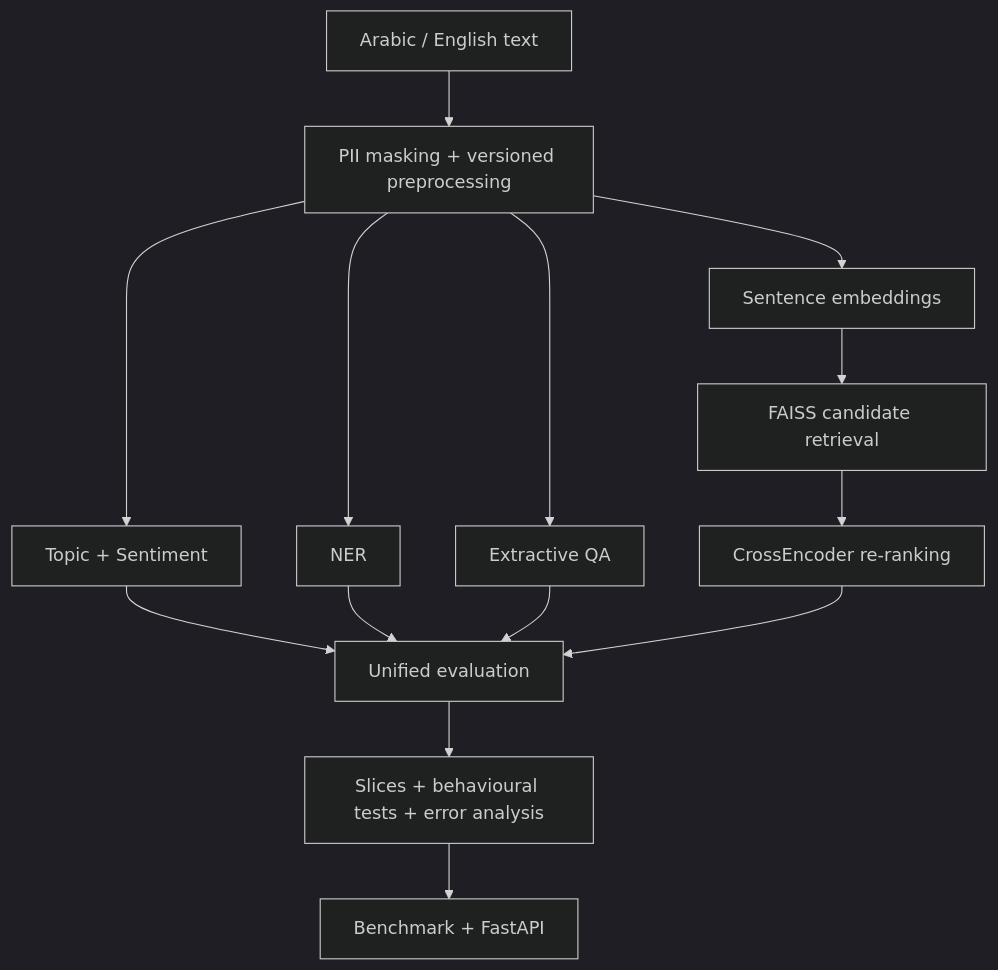
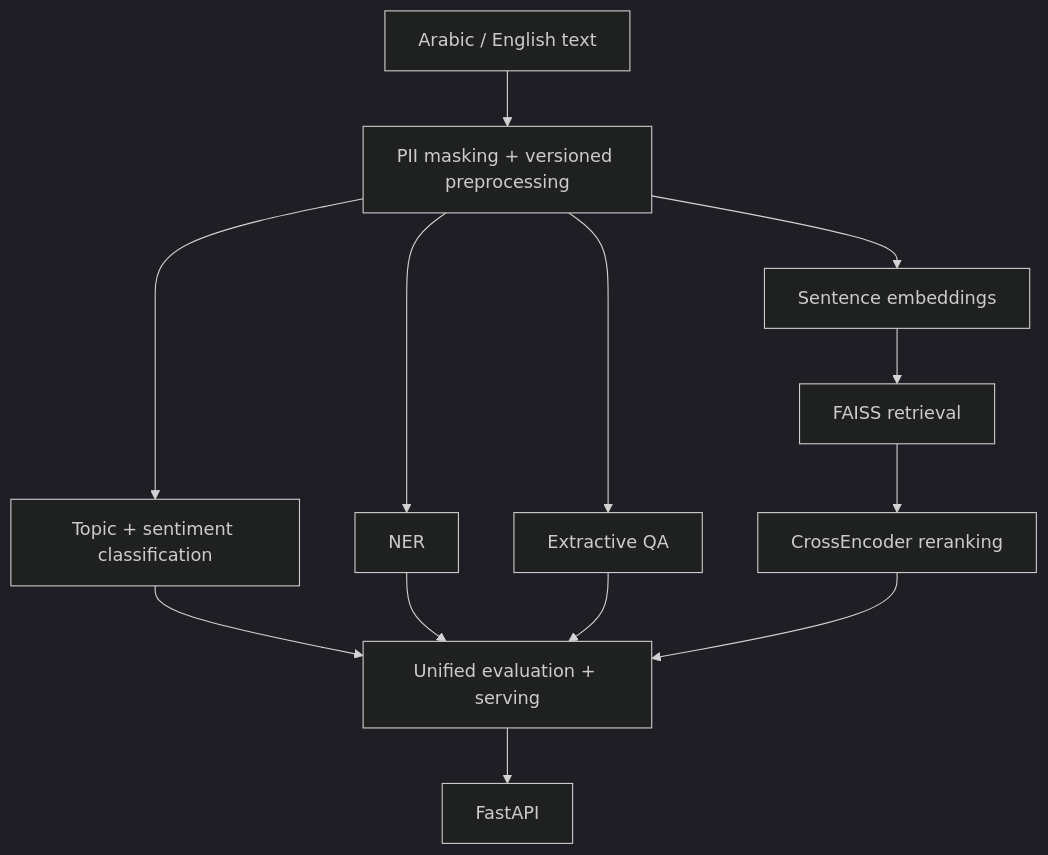
One commit to Yousef0197/sda_nlp-bayan-capstone changed the diagram in README.md. Above: the diagram before and after it, drawn with Mermaid (dark theme). The commit also changed other lines of this file, not shown here.

Commit message:
docs: pin tests badge to main branch

````diff
--- a/README.md
+++ b/README.md
@@ -22,16 +22,15 @@
 ```mermaid
 flowchart TD
     A["Arabic / English text"] --> B["PII masking + versioned preprocessing"]
-    B --> C["Topic + Sentiment"]
+    B --> C["Topic + sentiment classification"]
     B --> D["NER"]
     B --> E["Extractive QA"]
     B --> F["Sentence embeddings"]
-    F --> G["FAISS candidate retrieval"]
-    G --> H["CrossEncoder re-ranking"]
-    C --> I["Unified evaluation"]
+    F --> G["FAISS retrieval"]
+    G --> H["CrossEncoder reranking"]
+    C --> I["Unified evaluation + serving"]
     D --> I
     E --> I
     H --> I
-    I --> J["Slices + behavioural tests + error analysis"]
-    J --> K["Benchmark + FastAPI"]
+    I --> J["FastAPI"]
 ```
````
